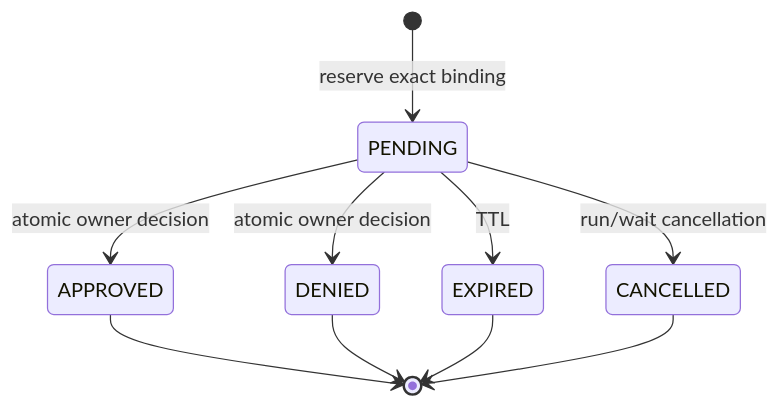
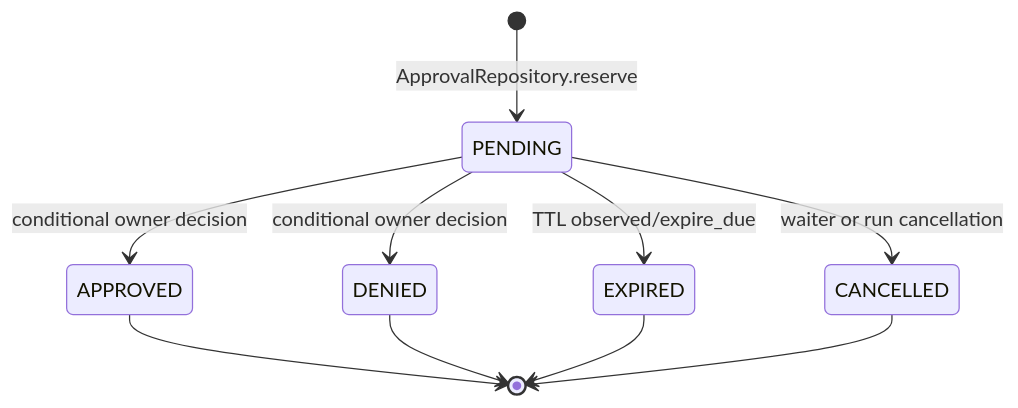
One commit to levalencia/archon changed the first of 2 diagrams in docs/course/concepts/durable-approvals.md. Above: the diagram before and after it, drawn with Mermaid. The commit also changed other lines of this file and 10 other files, not shown here.

````diff
--- a/docs/course/concepts/durable-approvals.md
+++ b/docs/course/concepts/durable-approvals.md
@@ -7,12 +24,12 @@
 ```mermaid
 stateDiagram-v2
-  [*] --> PENDING: reserve exact binding
-  PENDING --> APPROVED: atomic owner decision
-  PENDING --> DENIED: atomic owner decision
-  PENDING --> EXPIRED: TTL
-  PENDING --> CANCELLED: run/wait cancellation
+  [*] --> PENDING: ApprovalRepository.reserve
+  PENDING --> APPROVED: conditional owner decision
+  PENDING --> DENIED: conditional owner decision
+  PENDING --> EXPIRED: TTL observed/expire_due
+  PENDING --> CANCELLED: waiter or run cancellation
   APPROVED --> [*]
   DENIED --> [*]
   EXPIRED --> [*]
   CANCELLED --> [*]
 ```
````
